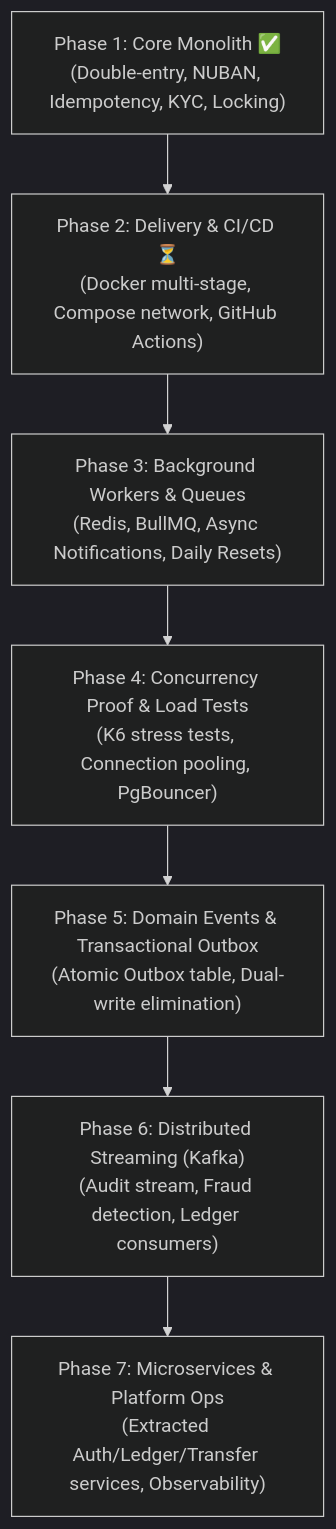
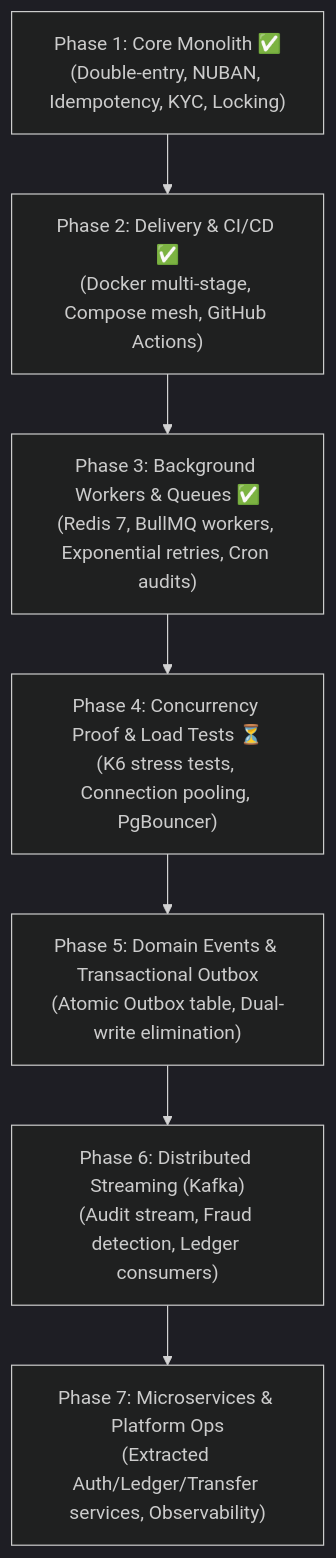
The second of 2 diagrams in docs/SPEC_OVERVIEW.md (devhenode/Banking-API), drawn with Mermaid (dark theme) before and after one commit. The commit also changed other lines of this file and 17 other files, not shown here.

Commit message:
feat(queues): implement BullMQ asynchronous processing, transaction alerts, and midnight ledger reconciliation

````diff
--- a/docs/SPEC_OVERVIEW.md
+++ b/docs/SPEC_OVERVIEW.md
@@ -74,9 +75,9 @@
 ```mermaid
 flowchart TD
-    P1["Phase 1: Core Monolith ✅<br/>(Double-entry, NUBAN, Idempotency, KYC, Locking)"] --> P2["Phase 2: Delivery & CI/CD ⏳<br/>(Docker multi-stage, Compose network, GitHub Actions)"]
-    P2 --> P3["Phase 3: Background Workers & Queues<br/>(Redis, BullMQ, Async Notifications, Daily Resets)"]
-    P3 --> P4["Phase 4: Concurrency Proof & Load Tests<br/>(K6 stress tests, Connection pooling, PgBouncer)"]
+    P1["Phase 1: Core Monolith ✅<br/>(Double-entry, NUBAN, Idempotency, KYC, Locking)"] --> P2["Phase 2: Delivery & CI/CD ✅<br/>(Docker multi-stage, Compose mesh, GitHub Actions)"]
+    P2 --> P3["Phase 3: Background Workers & Queues ✅<br/>(Redis 7, BullMQ workers, Exponential retries, Cron audits)"]
+    P3 --> P4["Phase 4: Concurrency Proof & Load Tests ⏳<br/>(K6 stress tests, Connection pooling, PgBouncer)"]
     P4 --> P5["Phase 5: Domain Events & Transactional Outbox<br/>(Atomic Outbox table, Dual-write elimination)"]
     P5 --> P6["Phase 6: Distributed Streaming (Kafka)<br/>(Audit stream, Fraud detection, Ledger consumers)"]
     P6 --> P7["Phase 7: Microservices & Platform Ops<br/>(Extracted Auth/Ledger/Transfer services, Observability)"]
 ```
````
